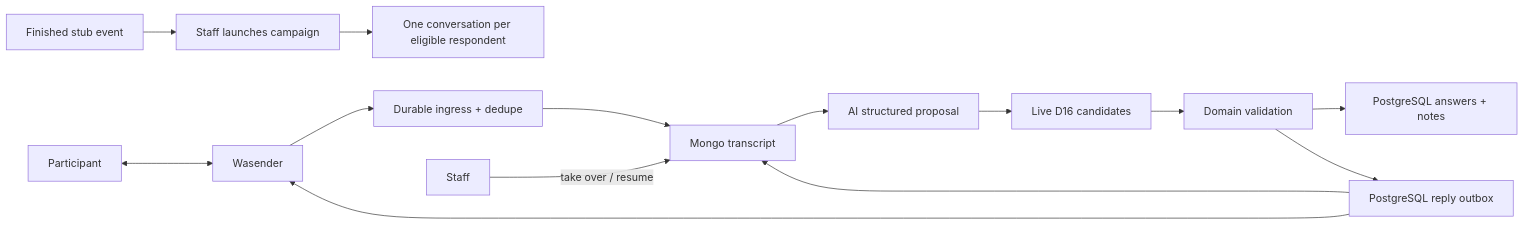
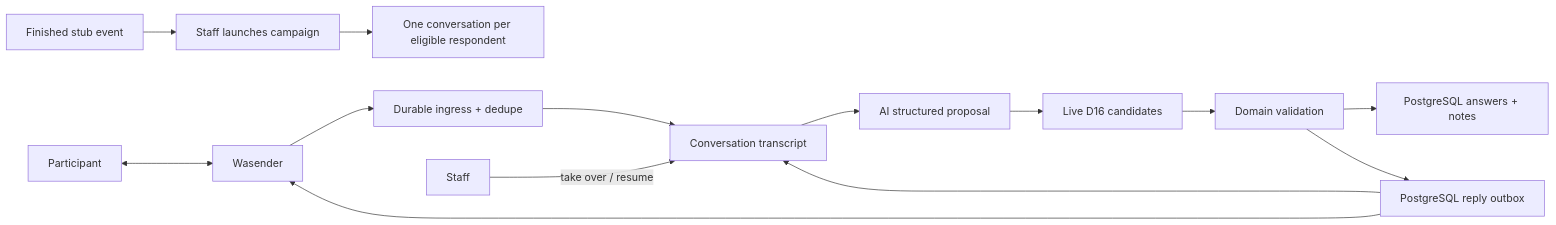
The first of 3 diagrams in docs/backend/modules/post-event-feedback.md (johnakisk0700/slopform), drawn with Mermaid before and after one commit. The commit also changed other lines of this file and 115 other files, not shown here.

````diff
--- a/docs/backend/modules/post-event-feedback.md
+++ b/docs/backend/modules/post-event-feedback.md
@@ -156,16 +147,16 @@
 ```mermaid
 flowchart LR
   Event["Finished stub event"] --> Launch["Staff launches campaign"]
   Launch --> Threads["One conversation per eligible respondent"]
   Participant["Participant"] <--> Wasender["Wasender"]
   Wasender --> Ingress["Durable ingress + dedupe"]
-  Ingress --> Transcript["Mongo transcript"]
+  Ingress --> Transcript["Conversation transcript"]
   Transcript --> Extract["AI structured proposal"]
   Extract --> Candidates["Live D16 candidates"]
   Candidates --> Validate["Domain validation"]
   Validate --> Results["PostgreSQL answers + notes"]
   Validate --> Outbox["PostgreSQL reply outbox"]
   Outbox --> Transcript
   Outbox --> Wasender
   Staff["Staff"] -->|"take over / resume"| Transcript
 ```
````
